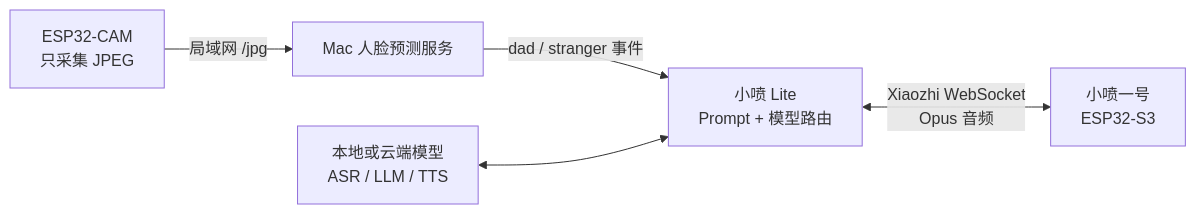
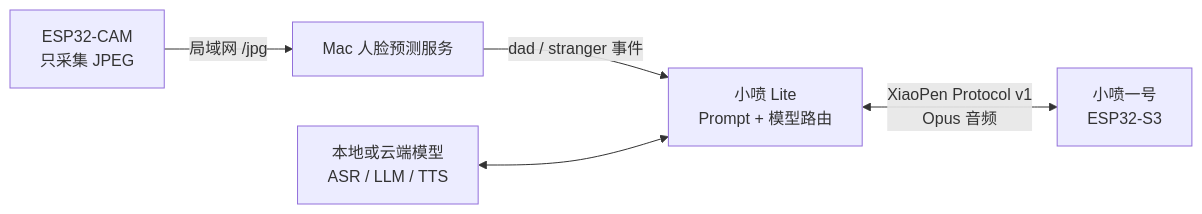
Before and after one commit to jiaqianjing/xiaopen-hub: the diagram in README.md, drawn with Mermaid. The commit also changed other lines of this file and 8 other files, not shown here.

Commit message:
Complete XiaoPen product branding

````diff
--- a/README.md
+++ b/README.md
@@ -52,7 +61,7 @@
 ```mermaid
 flowchart LR
     CAM["ESP32-CAM<br/>只采集 JPEG"] -->|"局域网 /jpg"| VISION["Mac 人脸预测服务"]
     VISION -->|"dad / stranger 事件"| LITE["小喷 Lite<br/>Prompt + 模型路由"]
     MODELS["本地或云端模型<br/>ASR / LLM / TTS"] <--> LITE
-    LITE <-->|"Xiaozhi WebSocket<br/>Opus 音频"| S3["小喷一号<br/>ESP32-S3"]
+    LITE <-->|"XiaoPen Protocol v1<br/>Opus 音频"| S3["小喷一号<br/>ESP32-S3"]
 ```
````
